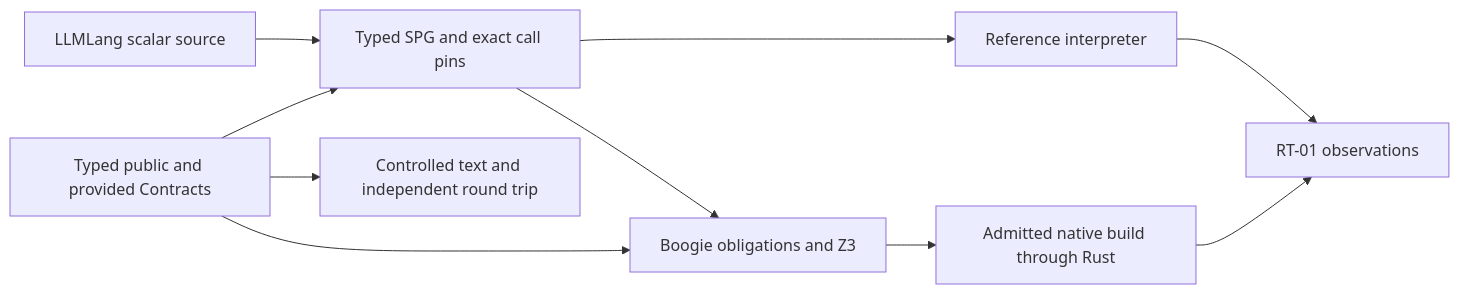
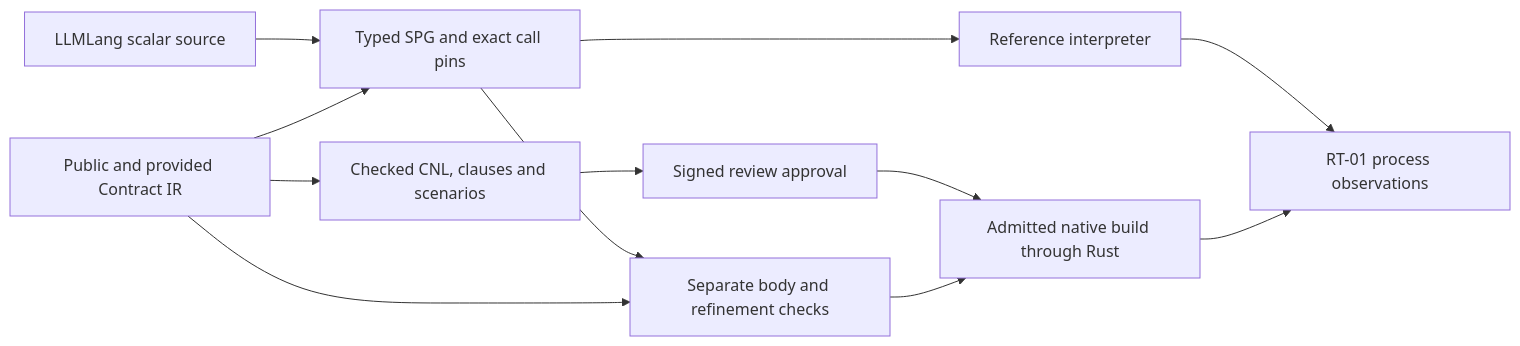
Before and after one commit to aivibeflow/LLMLang: the diagram in tools/llmlang_mvp/README.md, drawn with Mermaid. The commit also changed other lines of this file and 35 other files, not shown here.

````diff
--- a/tools/llmlang_mvp/README.md
+++ b/tools/llmlang_mvp/README.md
@@ -5,12 +5,14 @@
 ```mermaid
 flowchart LR
     L["LLMLang scalar source"] --> S["Typed SPG and exact call pins"]
-    C["Typed public and provided Contracts"] --> S
-    C --> R["Controlled text and independent round trip"]
+    C["Public and provided Contract IR"] --> S
+    C --> R["Checked CNL, clauses and scenarios"]
+    R --> A["Signed review approval"]
     S --> I["Reference interpreter"]
-    S --> V["Boogie obligations and Z3"]
+    S --> V["Separate body and refinement checks"]
     C --> V
-    V --> N["Admitted native build through Rust"]
-    I --> T["RT-01 observations"]
+    A --> N["Admitted native build through Rust"]
+    V --> N
+    I --> T["RT-01 process observations"]
     N --> T
 ```
````
